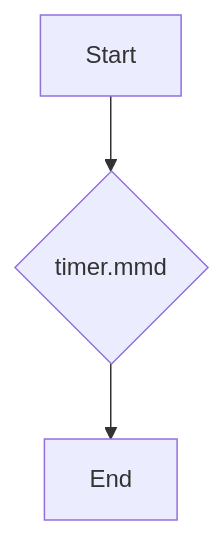
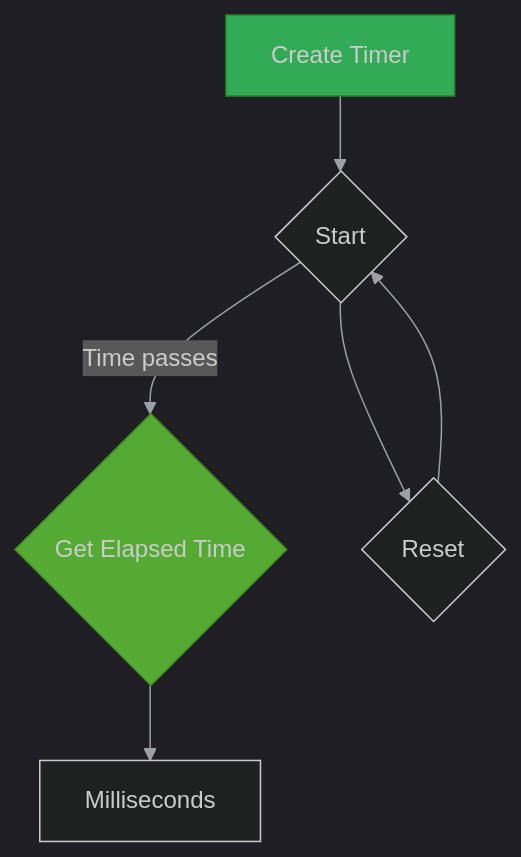
Before and after one commit to lukaszj321/otcv8-dev: the diagram in docs/authoring/qa/timer.mmd, drawn with Mermaid. The commit also changed 12 other files, not shown here.

First line of the commit message:
diagramy part 3

```diff
--- a/docs/authoring/qa/timer.mmd
+++ b/docs/authoring/qa/timer.mmd
@@ -1,3 +1,10 @@
+%%{init: {'theme':'dark','themeVariables':{'primaryTextColor':'#ddd','lineColor':'#9aa0a6'}}}%%
 graph TD
-    A[Start] --> B{timer.mmd};
-    B --> C[End];
+    A[Create Timer] --> B{Start};
+    B -- Time passes --> C{Get Elapsed Time};
+    C --> D[Milliseconds];
+    B --> E{Reset};
+    E --> B;
+
+    style A fill:#3a5,stroke:#282
+    style C fill:#5a3,stroke:#482
```
